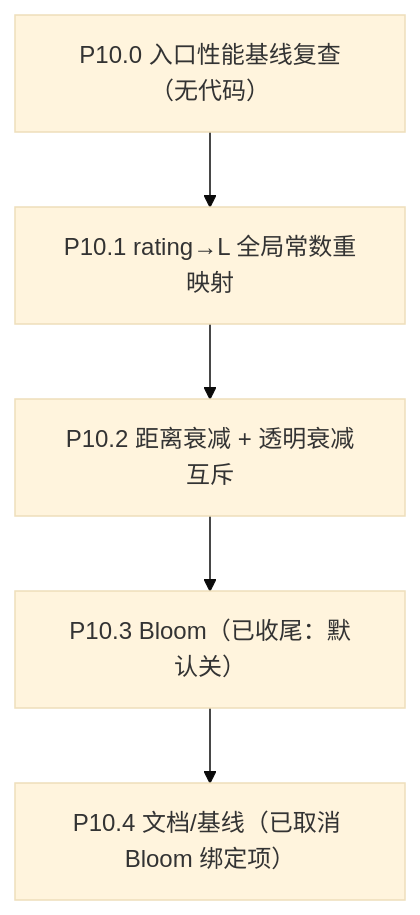
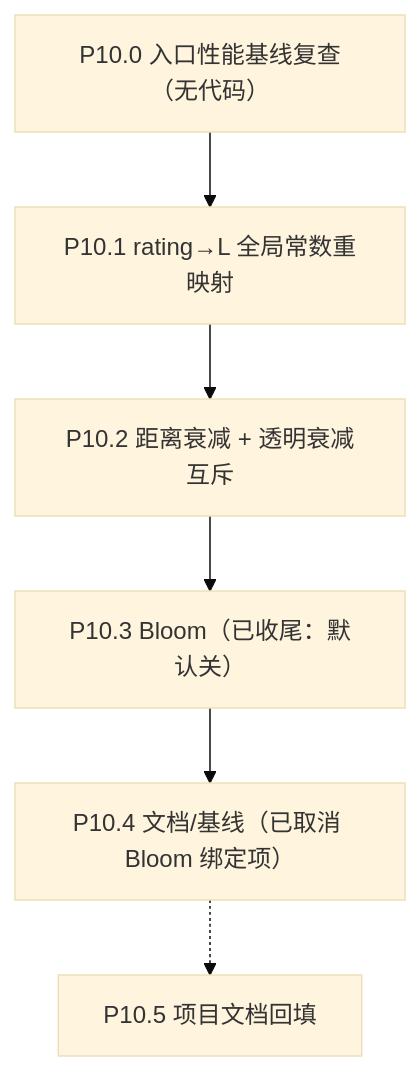
Before and after one commit to XYBuilds/chronicle_v3_3d_galaxy: the diagram in .cursor/plans/phase_10_global_remap_1b67de2d.plan.md, drawn with Mermaid (base theme). The commit also changed other lines of this file, not shown here.

````diff
--- a/.cursor/plans/phase_10_global_remap_1b67de2d.plan.md
+++ b/.cursor/plans/phase_10_global_remap_1b67de2d.plan.md
@@ -41,13 +44,15 @@
 ```mermaid
 flowchart TD
     P100["P10.0 入口性能基线复查（无代码）"]
     P101["P10.1 rating→L 全局常数重映射"]
     P102["P10.2 距离衰减 + 透明衰减互斥"]
     P103["P10.3 Bloom（已收尾：默认关）"]
     P104["P10.4 文档/基线（已取消 Bloom 绑定项）"]
+    P105["P10.5 项目文档回填"]
 
     P100 --> P101
     P101 --> P102
     P102 --> P103
     P103 --> P104
+    P104 -.-> P105
 ```
````
